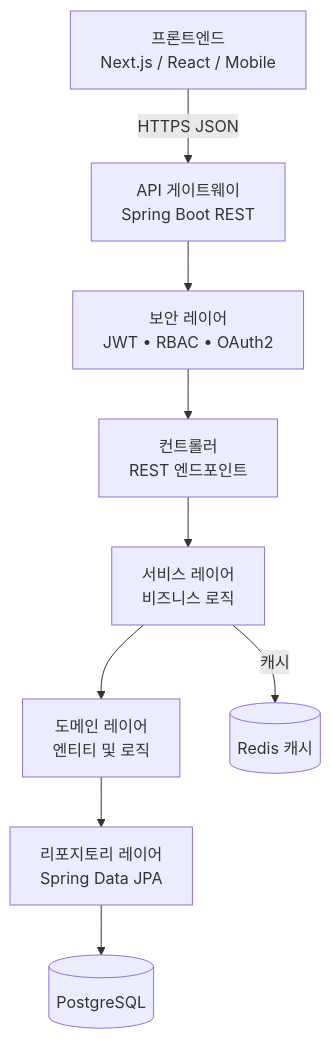
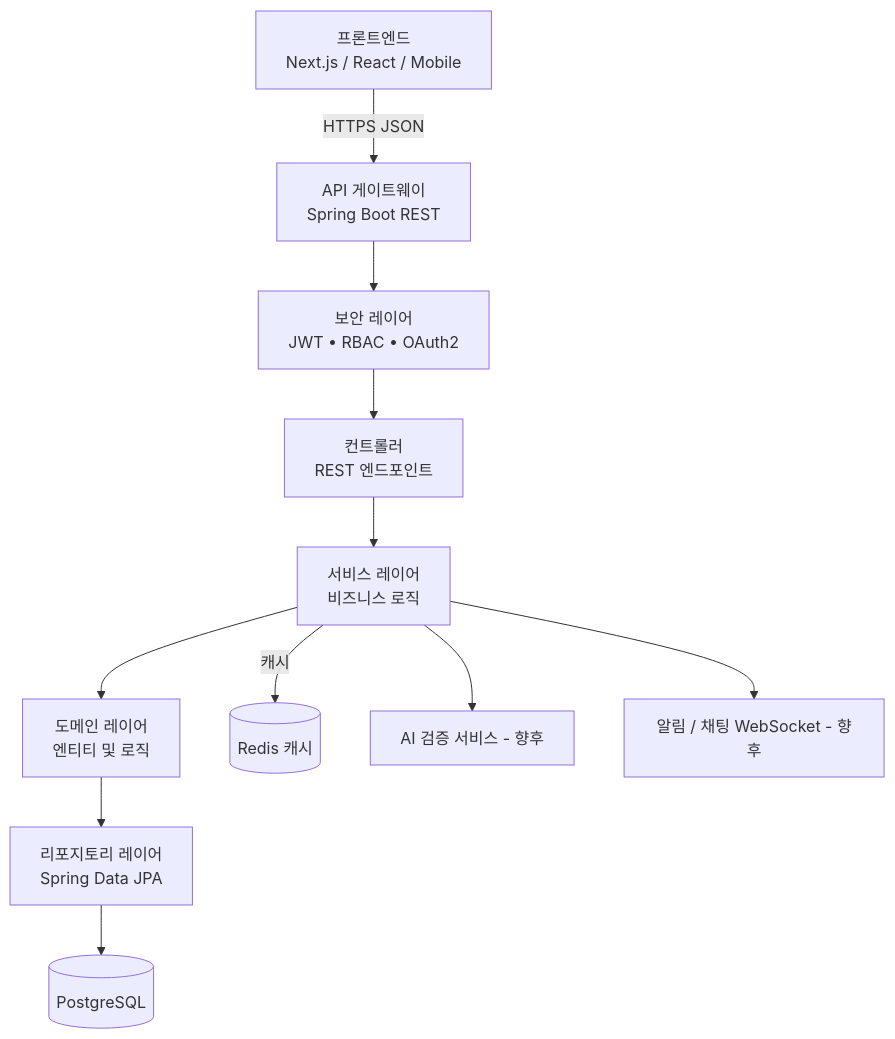
The diagram in README.KO.md (isabelxis/ideabridge-backend), drawn with Mermaid before and after one commit.

````diff
--- a/README.KO.md
+++ b/README.KO.md
@@ -92,47 +92,54 @@
 ```mermaid  
 flowchart TB
 %% =========================
 %% Frontend
 %% =========================
 FE[프론트엔드<br/>Next.js / React / Mobile]  
 %% =========================
 %% API Layer
 %% =========================
 API[API 게이트웨이<br/>Spring Boot REST]
 %% =========================
 %% Security
 %% =========================
 SEC[보안 레이어<br/>JWT • RBAC • OAuth2]
 %% =========================
 %% Controllers
 %% =========================
 CTRL[컨트롤러<br/>REST 엔드포인트]
 %% =========================
 %% Services
 %% =========================
 SRV[서비스 레이어<br/>비즈니스 로직]
 %% =========================
 %% Domain
 %% =========================
 DOM[도메인 레이어<br/>엔티티 및 로직]
 %% =========================
 %% Repository
 %% =========================
 REP[리포지토리 레이어<br/>Spring Data JPA]
 %% =========================
 %% Databases
 %% =========================
 DB[(PostgreSQL)]
 CACHE[(Redis 캐시)]
 %% =========================
+%% 외부 시스템 / 향후
+%% =========================
+AI[AI 검증 서비스 - 향후]
+MSG[알림 / 채팅 WebSocket - 향후]
+%% =========================
 %% Flow
 %% =========================
 FE -->|HTTPS JSON| API
 API --> SEC
 SEC --> CTRL
 CTRL --> SRV
 SRV --> DOM
 DOM --> REP
 REP --> DB
 SRV -->|캐시| CACHE
+SRV --> AI
+SRV --> MSG
 ```
````
